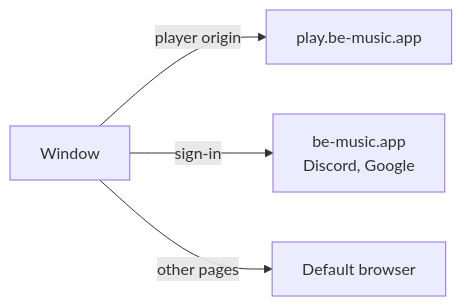
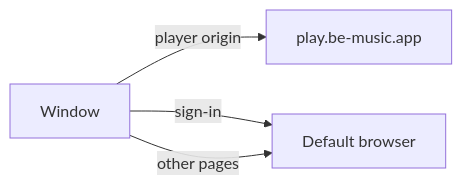
One commit to nulltask/be-music changed the diagram in packages/app-desktop/README.md. Above: the diagram before and after it, drawn with Mermaid. The commit also changed other lines of this file and 7 other files, not shown here.

First line of the commit message:
feat(app-desktop): sign in through the default browser

````diff
--- a/packages/app-desktop/README.md
+++ b/packages/app-desktop/README.md
@@ -17,6 +17,6 @@
 ```mermaid
 flowchart LR
   W[Window] -->|player origin| P[play.be-music.app]
-  W -->|sign-in| A[be-music.app<br>Discord, Google]
+  W -->|sign-in| B
   W -->|other pages| B[Default browser]
 ```
````
